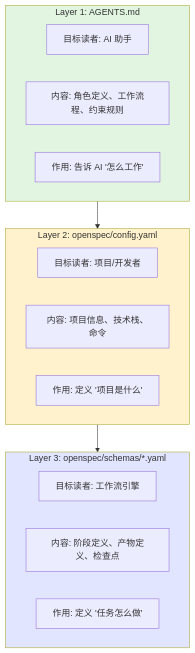
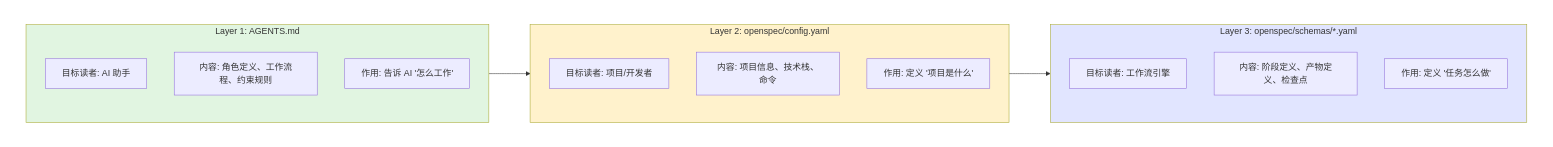
Before and after one commit to lihaizhong/niuma: diagram 16 of 16 in docs/openspec/01-overview.md, drawn with Mermaid. The commit also changed other lines of this file and 22 other files, not shown here.

First line of the commit message:
refactor: convert OpenSpec schemas to official CLI format

````diff
--- a/docs/openspec/01-overview.md
+++ b/docs/openspec/01-overview.md
@@ -383,27 +418,35 @@
 ```mermaid
 flowchart TB
-    subgraph Layer1["Layer 1: AGENTS.md"]
-        L1A["目标读者: AI 助手"]
-        L1B["内容: 角色定义、工作流程、约束规则"]
-        L1C["作用: 告诉 AI '怎么工作'"]
+    subgraph Wrapper[" "]
+        direction LR
+
+        subgraph Layer1["Layer 1: AGENTS.md"]
+            direction TB
+            L1A["目标读者: AI 助手"]
+            L1B["内容: 角色定义、工作流程、约束规则"]
+            L1C["作用: 告诉 AI '怎么工作'"]
+        end
+
+        subgraph Layer2["Layer 2: openspec/config.yaml"]
+            direction TB
+            L2A["目标读者: 项目/开发者"]
+            L2B["内容: 项目信息、技术栈、命令"]
+            L2C["作用: 定义 '项目是什么'"]
+        end
+
+        subgraph Layer3["Layer 3: openspec/schemas/*.yaml"]
+            direction TB
+            L3A["目标读者: 工作流引擎"]
+            L3B["内容: 阶段定义、产物定义、检查点"]
+            L3C["作用: 定义 '任务怎么做'"]
+        end
+
+        Layer1 --> Layer2
+        Layer2 --> Layer3
     end
-
-    subgraph Layer2["Layer 2: openspec/config.yaml"]
-        L2A["目标读者: 项目/开发者"]
-        L2B["内容: 项目信息、技术栈、命令"]
-        L2C["作用: 定义 '项目是什么'"]
-    end
-
-    subgraph Layer3["Layer 3: openspec/schemas/*.yaml"]
-        L3A["目标读者: 工作流引擎"]
-        L3B["内容: 阶段定义、产物定义、检查点"]
-        L3C["作用: 定义 '任务怎么做'"]
-    end
-
-    Layer1 --> Layer2
-    Layer2 --> Layer3
 
     style Layer1 fill:#e1f5e1
     style Layer2 fill:#fff2cc
     style Layer3 fill:#e1e5ff
+    style Wrapper fill:none,stroke:none
 ```
````
